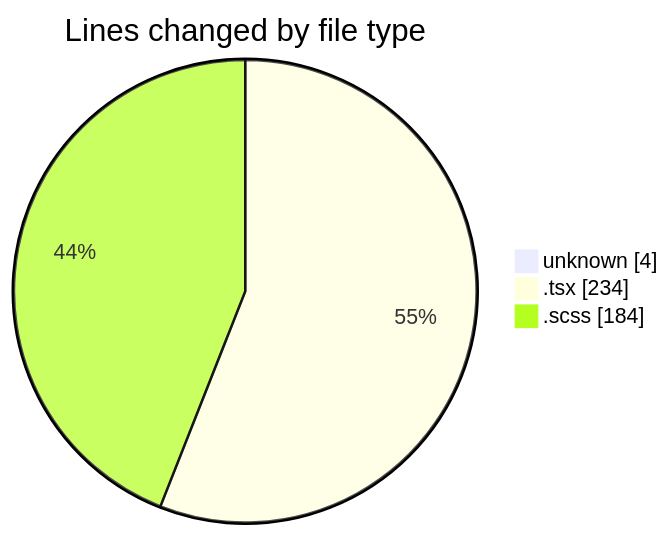
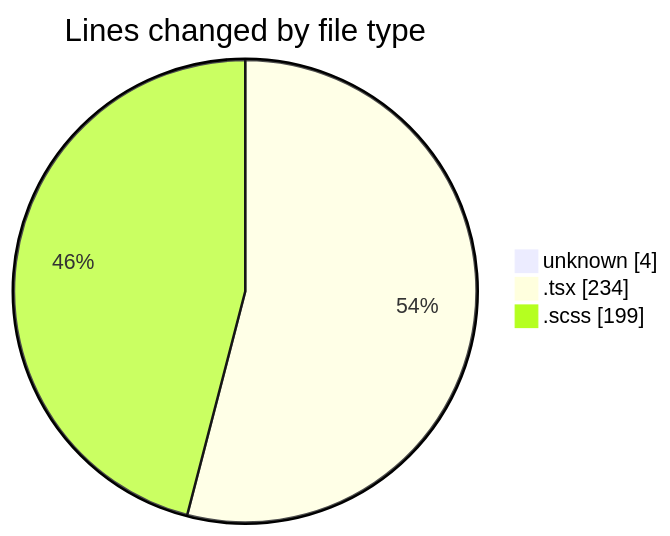
One commit to momahboobian/code-tracking changed the first of 2 diagrams in 2025-02-14/cda/README.md. Above: the diagram before and after it, drawn with Mermaid. The commit also changed other lines of this file and 1 other file, not shown here.

````diff
--- a/2025-02-14/cda/README.md
+++ b/2025-02-14/cda/README.md
@@ -22,7 +22,7 @@
 ```mermaid
 pie showData
 title Lines changed by file type
 "unknown" : 4
 ".tsx" : 234
-".scss" : 184
+".scss" : 199
 ```
````
